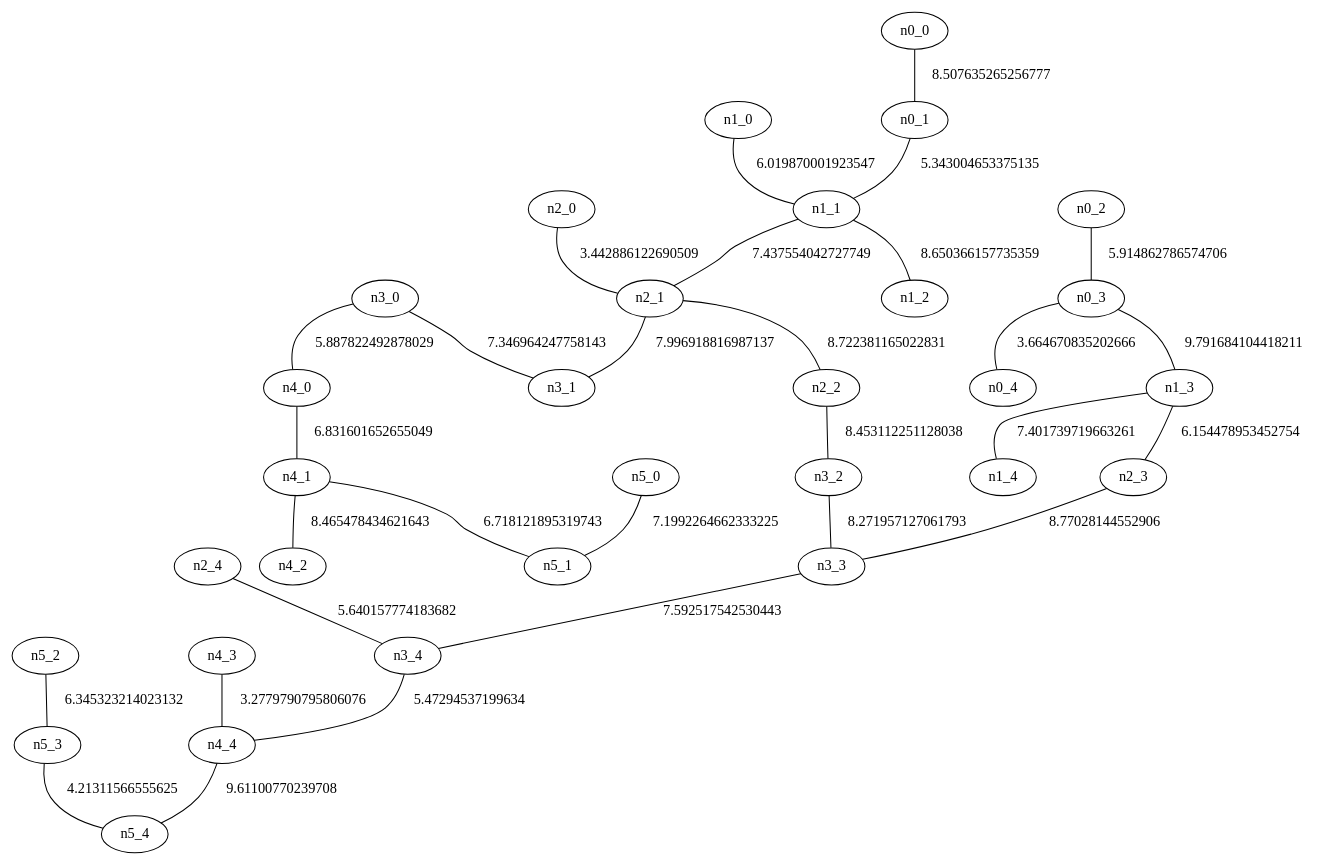
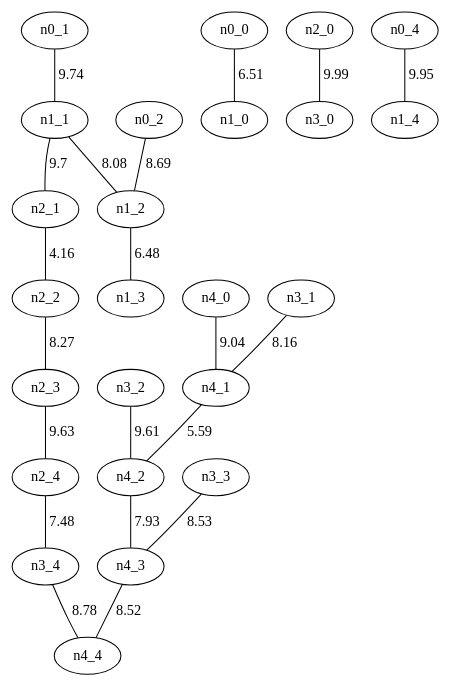
Before and after one commit to FranciscoMGL/Proyecto-Algoritmos: the diagram in KruskalI_malla_30.gv, drawn with Graphviz. The commit also changed 7 other files, not shown here.

```diff
--- a/KruskalI_malla_30.gv
+++ b/KruskalI_malla_30.gv
@@ -1,61 +1,46 @@
 graph G {
-  "n1_4";
-  "n5_3";
+  "n0_1";
   "n1_0";
-  "n3_4";
-  "n0_3";
-  "n1_2";
-  "n5_0";
-  "n3_2";
-  "n2_1";
-  "n5_1";
-  "n2_0";
-  "n4_0";
   "n4_2";
-  "n5_4";
-  "n0_4";
-  "n3_1";
-  "n2_4";
-  "n0_0";
-  "n0_1";
-  "n1_3";
-  "n5_2";
+  "n3_0";
   "n3_3";
-  "n3_0";
-  "n4_1";
   "n4_4";
   "n4_3";
+  "n2_3";
+  "n0_0";
+  "n2_2";
+  "n4_0";
+  "n1_1";
+  "n1_2";
+  "n2_0";
+  "n1_4";
+  "n2_4";
+  "n0_4";
+  "n2_1";
+  "n3_4";
+  "n1_3";
+  "n3_2";
+  "n4_1";
   "n0_2";
-  "n2_3";
-  "n1_1";
-  "n2_2";
-  "n0_3" -- "n1_3" [label="9.791684104418211"];
-  "n4_4" -- "n5_4" [label="9.61100770239708"];
-  "n2_3" -- "n3_3" [label="8.77028144552906"];
-  "n2_1" -- "n2_2" [label="8.722381165022831"];
-  "n1_1" -- "n1_2" [label="8.650366157735359"];
-  "n0_0" -- "n0_1" [label="8.507635265256777"];
-  "n4_1" -- "n4_2" [label="8.465478434621643"];
-  "n2_2" -- "n3_2" [label="8.453112251128038"];
-  "n3_2" -- "n3_3" [label="8.271957127061793"];
-  "n2_1" -- "n3_1" [label="7.996918816987137"];
-  "n3_3" -- "n3_4" [label="7.592517542530443"];
-  "n1_1" -- "n2_1" [label="7.437554042727749"];
-  "n1_3" -- "n1_4" [label="7.401739719663261"];
-  "n3_0" -- "n3_1" [label="7.346964247758143"];
-  "n5_0" -- "n5_1" [label="7.1992264662333225"];
-  "n4_0" -- "n4_1" [label="6.831601652655049"];
-  "n4_1" -- "n5_1" [label="6.718121895319743"];
-  "n5_2" -- "n5_3" [label="6.345323214023132"];
-  "n1_3" -- "n2_3" [label="6.154478953452754"];
-  "n1_0" -- "n1_1" [label="6.019870001923547"];
-  "n0_2" -- "n0_3" [label="5.914862786574706"];
-  "n3_0" -- "n4_0" [label="5.887822492878029"];
-  "n2_4" -- "n3_4" [label="5.640157774183682"];
-  "n3_4" -- "n4_4" [label="5.47294537199634"];
-  "n0_1" -- "n1_1" [label="5.343004653375135"];
-  "n5_3" -- "n5_4" [label="4.21311566555625"];
-  "n0_3" -- "n0_4" [label="3.664670835202666"];
-  "n2_0" -- "n2_1" [label="3.442886122690509"];
-  "n4_3" -- "n4_4" [label="3.2779790795806076"];
+  "n3_1";
+  "n0_1" -- "n1_1" [label="9.74"];
+  "n3_1" -- "n4_1" [label="8.16"];
+  "n2_0" -- "n3_0" [label="9.99"];
+  "n2_2" -- "n2_3" [label="8.27"];
+  "n2_1" -- "n2_2" [label="4.16"];
+  "n2_4" -- "n3_4" [label="7.48"];
+  "n4_0" -- "n4_1" [label="9.04"];
+  "n1_1" -- "n2_1" [label="9.7"];
+  "n0_2" -- "n1_2" [label="8.69"];
+  "n0_0" -- "n1_0" [label="6.51"];
+  "n0_4" -- "n1_4" [label="9.95"];
+  "n4_1" -- "n4_2" [label="5.59"];
+  "n2_3" -- "n2_4" [label="9.63"];
+  "n3_2" -- "n4_2" [label="9.61"];
+  "n3_4" -- "n4_4" [label="8.78"];
+  "n4_3" -- "n4_4" [label="8.52"];
+  "n1_2" -- "n1_3" [label="6.48"];
+  "n3_3" -- "n4_3" [label="8.53"];
+  "n1_1" -- "n1_2" [label="8.08"];
+  "n4_2" -- "n4_3" [label="7.93"];
 }
```
